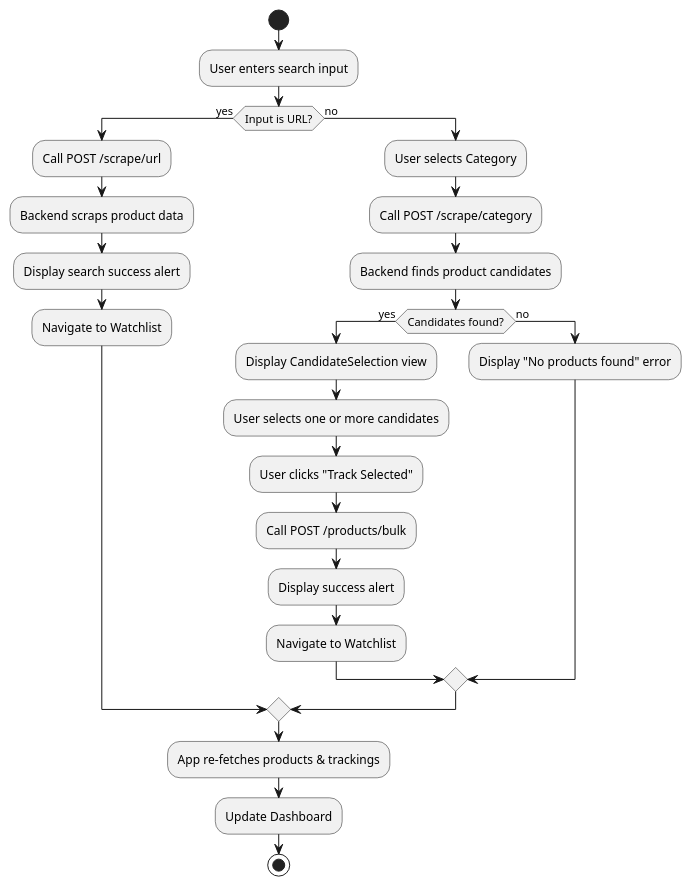
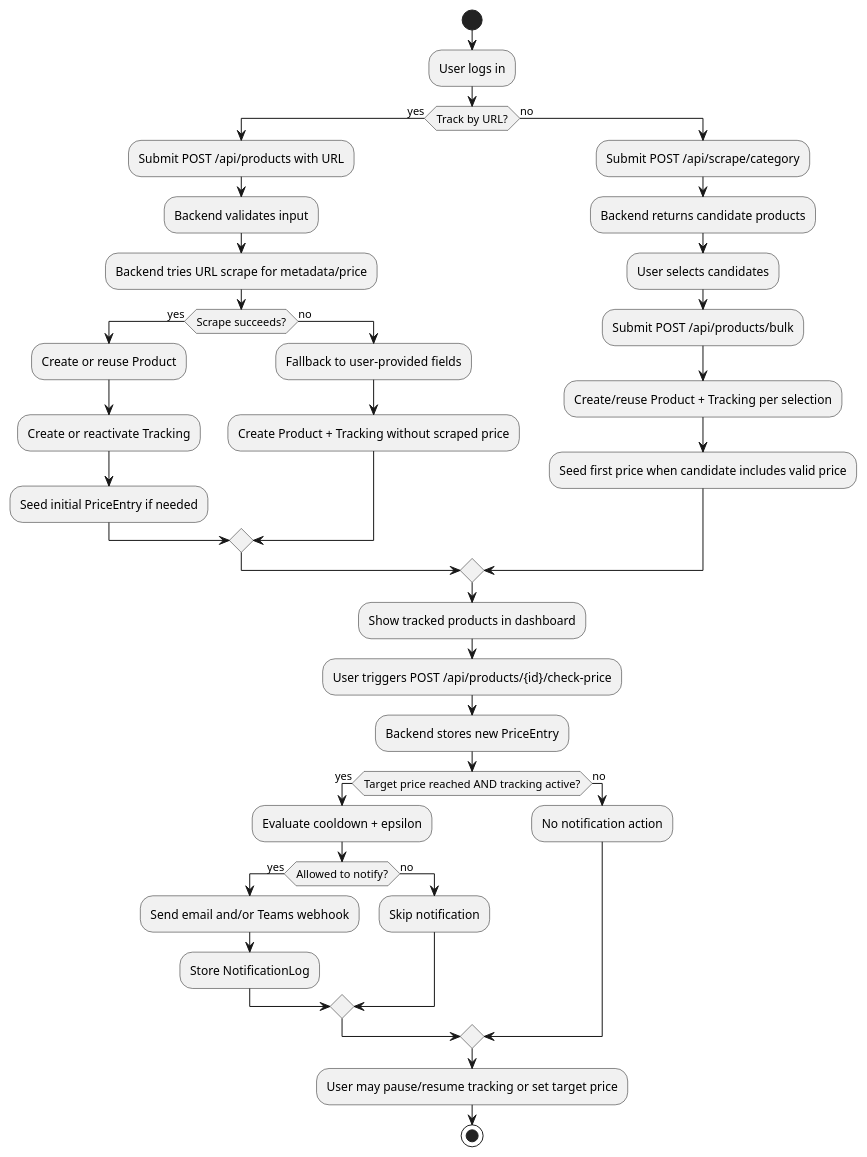
Before and after one commit to TheJokerGun/PriceGoblin: the diagram in docs/activity_diagram.puml, drawn with PlantUML. The commit also changed 21 other files, not shown here.

First line of the commit message:
Add user manual, update diagrams, and enhance notification service

```diff
--- a/docs/activity_diagram.puml
+++ b/docs/activity_diagram.puml
@@ -1,27 +1,42 @@
-@startuml Activity Diagram
+@startuml ActivityDiagram
 start
-:User enters search input;
-if (Input is URL?) then (yes)
-  :Call POST /scrape/url;
-  :Backend scraps product data;
-  :Display search success alert;
-  :Navigate to Watchlist;
+:User logs in;
+if (Track by URL?) then (yes)
+  :Submit POST /api/products with URL;
+  :Backend validates input;
+  :Backend tries URL scrape for metadata/price;
+  if (Scrape succeeds?) then (yes)
+    :Create or reuse Product;
+    :Create or reactivate Tracking;
+    :Seed initial PriceEntry if needed;
+  else (no)
+    :Fallback to user-provided fields;
+    :Create Product + Tracking without scraped price;
+  endif
 else (no)
-  :User selects Category;
-  :Call POST /scrape/category;
-  :Backend finds product candidates;
-  if (Candidates found?) then (yes)
-    :Display CandidateSelection view;
-    :User selects one or more candidates;
-    :User clicks "Track Selected";
-    :Call POST /products/bulk;
-    :Display success alert;
-    :Navigate to Watchlist;
+  :Submit POST /api/scrape/category;
+  :Backend returns candidate products;
+  :User selects candidates;
+  :Submit POST /api/products/bulk;
+  :Create/reuse Product + Tracking per selection;
+  :Seed first price when candidate includes valid price;
+endif
+
+:Show tracked products in dashboard;
+:User triggers POST /api/products/{id}/check-price;
+:Backend stores new PriceEntry;
+if (Target price reached AND tracking active?) then (yes)
+  :Evaluate cooldown + epsilon;
+  if (Allowed to notify?) then (yes)
+    :Send email and/or Teams webhook;
+    :Store NotificationLog;
   else (no)
-    :Display "No products found" error;
+    :Skip notification;
   endif
+else (no)
+  :No notification action;
 endif
-:App re-fetches products & trackings;
-:Update Dashboard;
+
+:User may pause/resume tracking or set target price;
 stop
 @enduml
```
